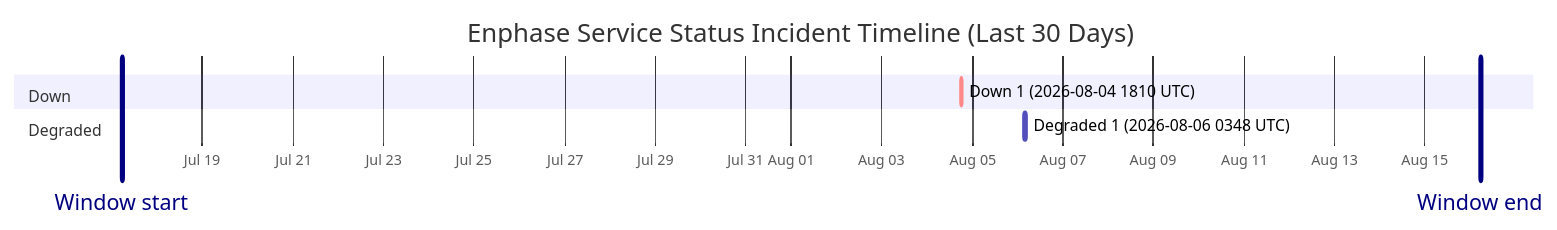
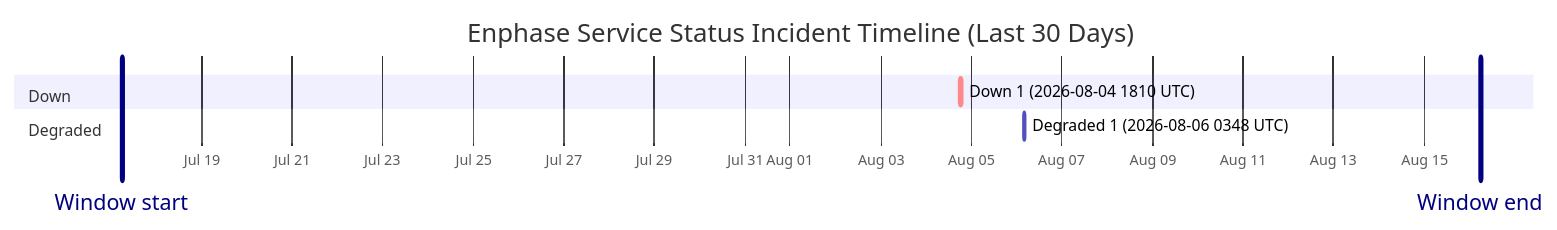
One commit to barneyonline/ha-enphase-energy changed the diagram in wiki/Service-Status-History.md. Above: the diagram before and after it, drawn with Mermaid. The commit also changed other lines of this file and 3 other files, not shown here.

````diff
--- a/wiki/Service-Status-History.md
+++ b/wiki/Service-Status-History.md
@@ -14,12 +14,12 @@
 ```mermaid
 gantt
     title Enphase Service Status Incident Timeline (Last 30 Days)
     dateFormat  YYYY-MM-DDTHH:mm:ss
     axisFormat  %b %d
-    Window start :vert, window-start, 2026-07-17T05:25:44, 0ms
-    Window end :vert, window-end, 2026-08-16T05:25:44, 0ms
+    Window start :vert, window-start, 2026-07-17T05:53:20, 0ms
+    Window end :vert, window-end, 2026-08-16T05:53:20, 0ms
     section Down
     Down 1 (2026-08-04 1810 UTC) :crit, down-1, 2026-08-04T18:10:46, 60m
     section Degraded
     Degraded 1 (2026-08-06 0348 UTC) :active, degraded-1, 2026-08-06T03:48:14, 60m
 ```
````
